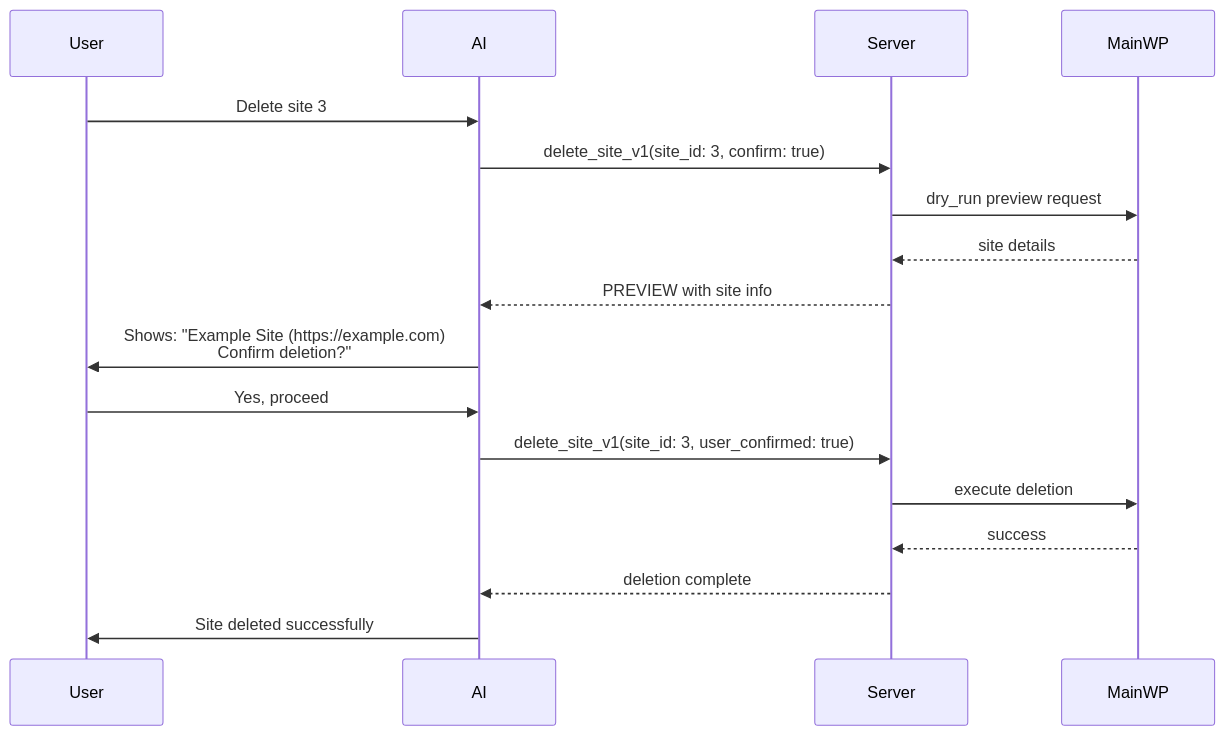
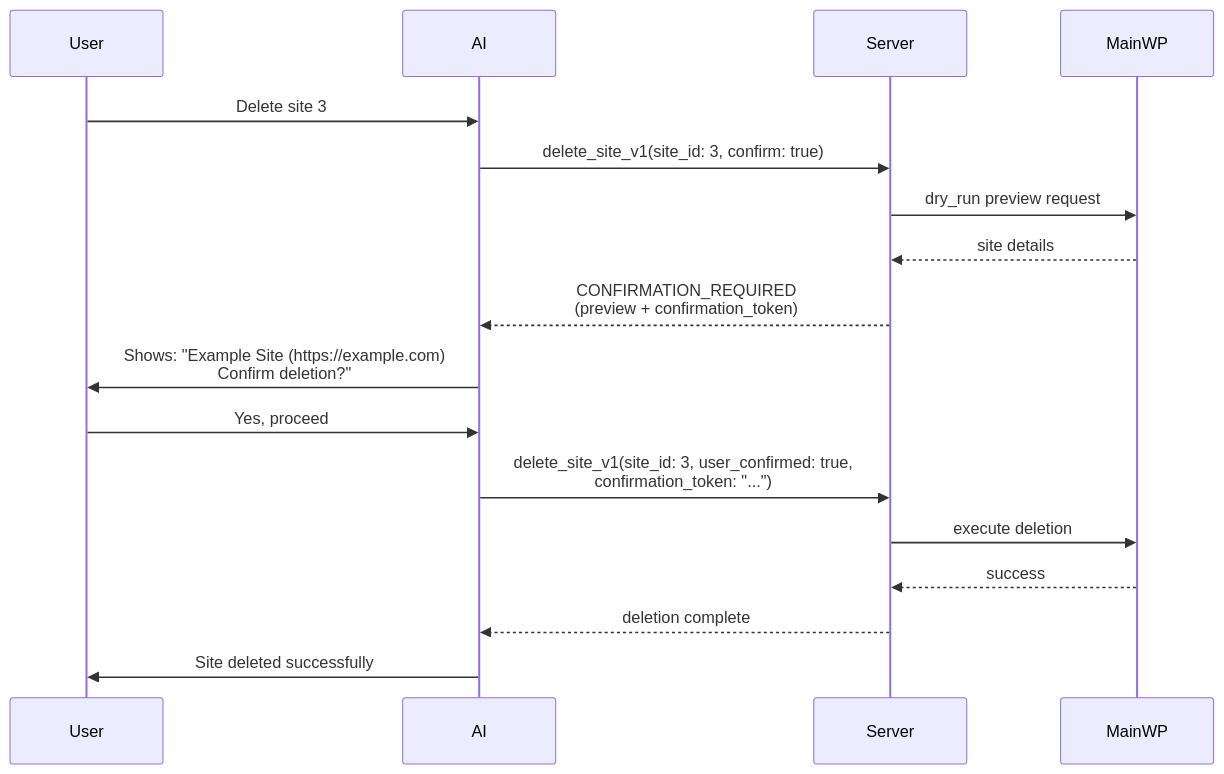
Before and after one commit to mainwp/mainwp-mcp: the diagram in README.md, drawn with Mermaid. The commit also changed other lines of this file and 26 other files, not shown here.

````diff
--- a/README.md
+++ b/README.md
@@ -604,20 +507,20 @@
 ```mermaid
 sequenceDiagram
     participant User
     participant AI
     participant Server
     participant MainWP
 
     User->>AI: Delete site 3
     AI->>Server: delete_site_v1(site_id: 3, confirm: true)
     Server->>MainWP: dry_run preview request
     MainWP-->>Server: site details
-    Server-->>AI: PREVIEW with site info
+    Server-->>AI: CONFIRMATION_REQUIRED<br/>(preview + confirmation_token)
     AI->>User: Shows: "Example Site (https://example.com)<br/>Confirm deletion?"
     User->>AI: Yes, proceed
-    AI->>Server: delete_site_v1(site_id: 3, user_confirmed: true)
+    AI->>Server: delete_site_v1(site_id: 3, user_confirmed: true,<br/>confirmation_token: "...")
     Server->>MainWP: execute deletion
     MainWP-->>Server: success
     Server-->>AI: deletion complete
     AI->>User: Site deleted successfully
 ```
````
